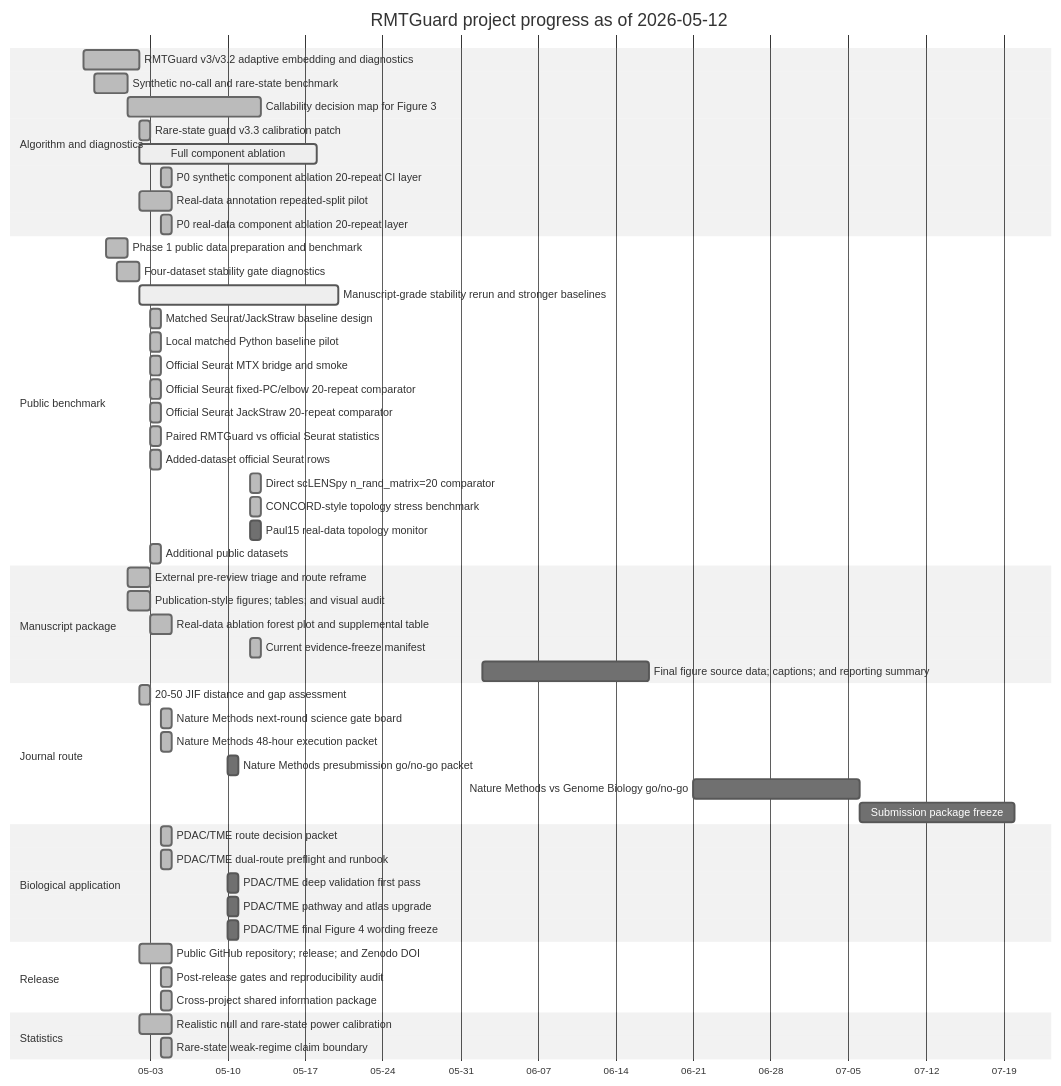
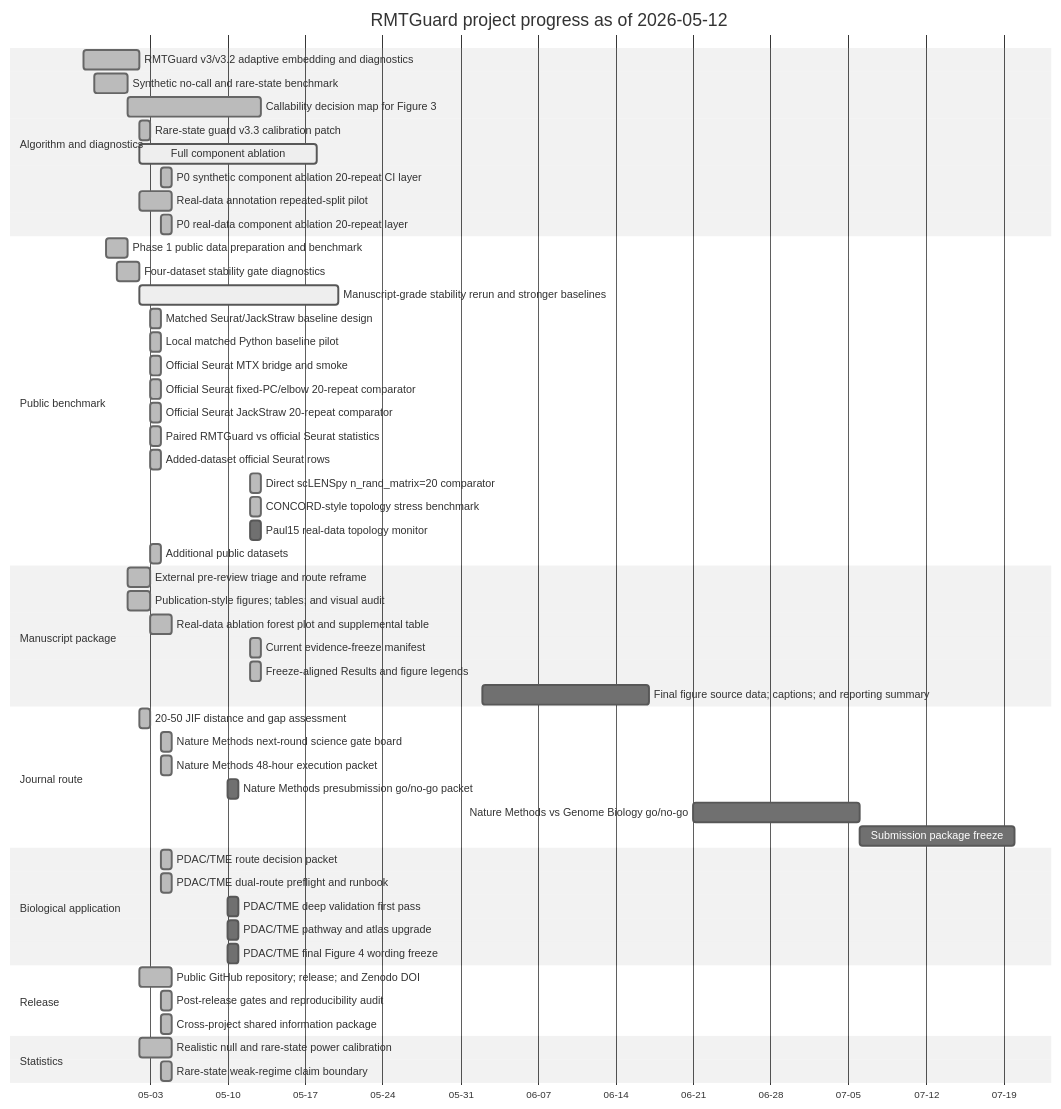
One commit to healthgreat/rmtguard changed the diagram in results/project_management/rmtguard_project_gantt.md. Above: the diagram before and after it, drawn with Mermaid (neutral theme). The commit also changed other lines of this file and 16 other files, not shown here.

Commit message:
Add freeze-aligned manuscript text drafts

````diff
--- a/results/project_management/rmtguard_project_gantt.md
+++ b/results/project_management/rmtguard_project_gantt.md
@@ -13,56 +13,57 @@
 ```mermaid
 gantt
     title RMTGuard project progress as of 2026-05-12
     dateFormat  YYYY-MM-DD
     axisFormat  %m-%d
     section Algorithm and diagnostics
     RMTGuard v3/v3.2 adaptive embedding and diagnostics :done, T01, 2026-04-27, 5d
     Synthetic no-call and rare-state benchmark :done, T02, 2026-04-28, 3d
     Callability decision map for Figure 3 :done, T03, 2026-05-01, 12d
     Rare-state guard v3.3 calibration patch :done, T04, 2026-05-02, 1d
     Full component ablation :active, T18, 2026-05-02, 16d
     P0 synthetic component ablation 20-repeat CI layer :done, T19, 2026-05-04, 1d
     Real-data annotation repeated-split pilot :done, T20, 2026-05-02, 3d
     P0 real-data component ablation 20-repeat layer :done, T21, 2026-05-04, 1d
     section Public benchmark
     Phase 1 public data preparation and benchmark :done, T05, 2026-04-29, 2d
     Four-dataset stability gate diagnostics :done, T06, 2026-04-30, 2d
     Manuscript-grade stability rerun and stronger baselines :active, T17, 2026-05-02, 18d
-    Matched Seurat/JackStraw baseline design :done, T24, 2026-05-03, 1d
-    Local matched Python baseline pilot :done, T25, 2026-05-03, 1d
-    Official Seurat MTX bridge and smoke :done, T26, 2026-05-03, 1d
-    Official Seurat fixed-PC/elbow 20-repeat comparator :done, T27, 2026-05-03, 1d
-    Official Seurat JackStraw 20-repeat comparator :done, T28, 2026-05-03, 1d
-    Paired RMTGuard vs official Seurat statistics :done, T29, 2026-05-03, 1d
-    Added-dataset official Seurat rows :done, T30, 2026-05-03, 1d
-    Direct scLENSpy n_rand_matrix=20 comparator :done, T31, 2026-05-12, 1d
-    CONCORD-style topology stress benchmark :done, T32, 2026-05-12, 1d
-    Paul15 real-data topology monitor :T33, 2026-05-12, 1d
-    Additional public datasets :done, T37, 2026-05-03, 1d
+    Matched Seurat/JackStraw baseline design :done, T25, 2026-05-03, 1d
+    Local matched Python baseline pilot :done, T26, 2026-05-03, 1d
+    Official Seurat MTX bridge and smoke :done, T27, 2026-05-03, 1d
+    Official Seurat fixed-PC/elbow 20-repeat comparator :done, T28, 2026-05-03, 1d
+    Official Seurat JackStraw 20-repeat comparator :done, T29, 2026-05-03, 1d
+    Paired RMTGuard vs official Seurat statistics :done, T30, 2026-05-03, 1d
+    Added-dataset official Seurat rows :done, T31, 2026-05-03, 1d
+    Direct scLENSpy n_rand_matrix=20 comparator :done, T32, 2026-05-12, 1d
+    CONCORD-style topology stress benchmark :done, T33, 2026-05-12, 1d
+    Paul15 real-data topology monitor :T34, 2026-05-12, 1d
+    Additional public datasets :done, T38, 2026-05-03, 1d
     section Manuscript package
     External pre-review triage and route reframe :done, T07, 2026-05-01, 2d
     Publication-style figures; tables; and visual audit :done, T08, 2026-05-01, 2d
     Real-data ablation forest plot and supplemental table :done, T22, 2026-05-03, 2d
     Current evidence-freeze manifest :done, T23, 2026-05-12, 1d
-    Final figure source data; captions; and reporting summary :T38, 2026-06-02, 15d
+    Freeze-aligned Results and figure legends :done, T24, 2026-05-12, 1d
+    Final figure source data; captions; and reporting summary :T39, 2026-06-02, 15d
     section Journal route
     20-50 JIF distance and gap assessment :done, T09, 2026-05-02, 1d
     Nature Methods next-round science gate board :done, T10, 2026-05-04, 1d
     Nature Methods 48-hour execution packet :done, T11, 2026-05-04, 1d
-    Nature Methods presubmission go/no-go packet :T41, 2026-05-10, 1d
-    Nature Methods vs Genome Biology go/no-go :T42, 2026-06-21, 15d
-    Submission package freeze :T43, 2026-07-06, 14d
+    Nature Methods presubmission go/no-go packet :T42, 2026-05-10, 1d
+    Nature Methods vs Genome Biology go/no-go :T43, 2026-06-21, 15d
+    Submission package freeze :T44, 2026-07-06, 14d
     section Biological application
     PDAC/TME route decision packet :done, T12, 2026-05-04, 1d
     PDAC/TME dual-route preflight and runbook :done, T13, 2026-05-04, 1d
-    PDAC/TME deep validation first pass :T34, 2026-05-10, 1d
-    PDAC/TME pathway and atlas upgrade :T35, 2026-05-10, 1d
-    PDAC/TME final Figure 4 wording freeze :T36, 2026-05-10, 1d
+    PDAC/TME deep validation first pass :T35, 2026-05-10, 1d
+    PDAC/TME pathway and atlas upgrade :T36, 2026-05-10, 1d
+    PDAC/TME final Figure 4 wording freeze :T37, 2026-05-10, 1d
     section Release
     Public GitHub repository; release; and Zenodo DOI :done, T14, 2026-05-02, 3d
-    Post-release gates and reproducibility audit :done, T39, 2026-05-04, 1d
-    Cross-project shared information package :done, T40, 2026-05-04, 1d
+    Post-release gates and reproducibility audit :done, T40, 2026-05-04, 1d
+    Cross-project shared information package :done, T41, 2026-05-04, 1d
     section Statistics
     Realistic null and rare-state power calibration :done, T15, 2026-05-02, 3d
     Rare-state weak-regime claim boundary :done, T16, 2026-05-04, 1d
 ```
````
